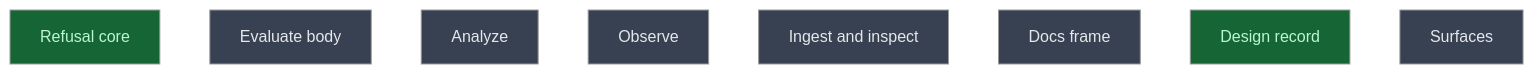
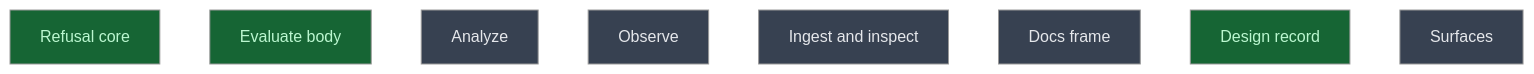
One commit to CrackingShells/Candler changed the diagram in __roadmap__/m3-lean-cli/verbs/README.md. Above: the diagram before and after it, drawn with Mermaid (neutral theme). The commit also changed other lines of this file, not shown here.

Commit message:
rdm(cli): mark evaluate_body done

````diff
--- a/__roadmap__/m3-lean-cli/verbs/README.md
+++ b/__roadmap__/m3-lean-cli/verbs/README.md
@@ -28,16 +28,16 @@
 ```mermaid
 graph TD
     refusal_core[Refusal core]:::done
-    evaluate_body[Evaluate body]:::planned
+    evaluate_body[Evaluate body]:::done
     analyze[Analyze]:::planned
     observe[Observe]:::planned
     ingest_inspect[Ingest and inspect]:::planned
     docs_frame[Docs frame]:::planned
     design_record[Design record]:::done
     surfaces[Surfaces]:::planned
     classDef done       fill:#166534,color:#bbf7d0
     classDef inprogress fill:#854d0e,color:#fef08a
     classDef planned    fill:#374151,color:#e5e7eb
     classDef amendment  fill:#1e3a5f,color:#bfdbfe
     classDef blocked    fill:#7f1d1d,color:#fecaca
 ```
````
